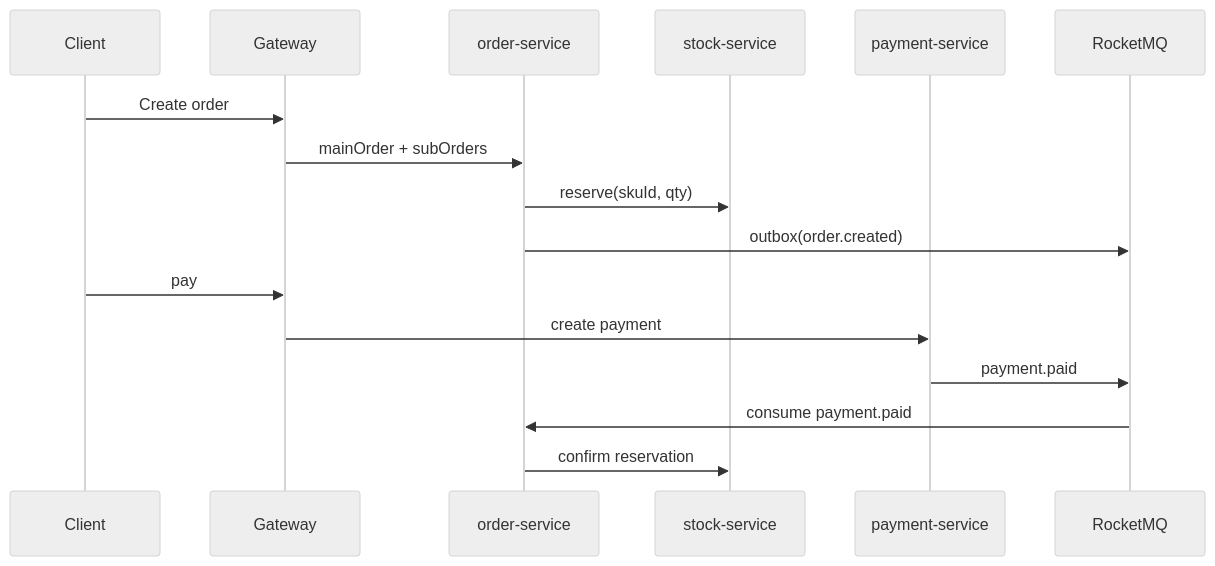
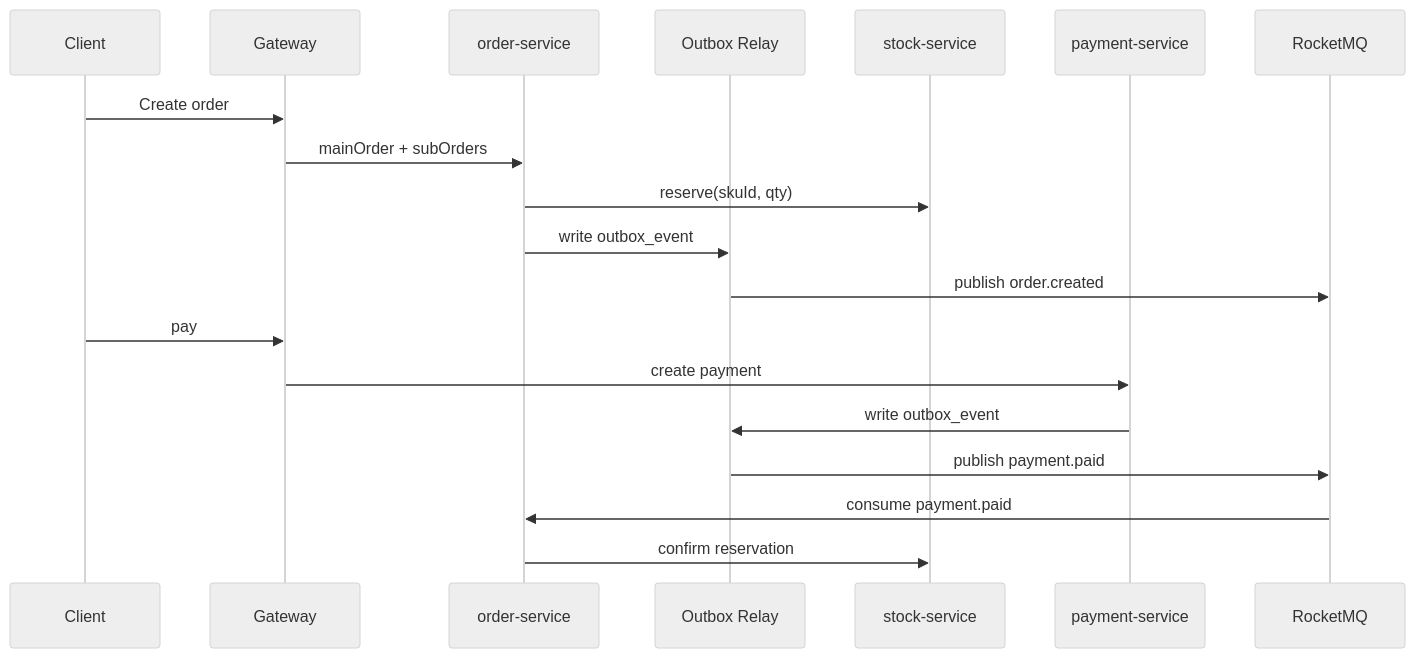
One commit to USERON8/cloud changed the second of 2 diagrams in README-en.md. Above: the diagram before and after it, drawn with Mermaid (neutral theme). The commit also changed other lines of this file and 1 other file, not shown here.

Commit message:
docs: update root readmes for current architecture

````diff
--- a/README-en.md
+++ b/README-en.md
@@ -160,19 +168,22 @@
 ```mermaid
 sequenceDiagram
     participant C as Client
     participant GW as Gateway
     participant O as order-service
+    participant OB as Outbox Relay
     participant S as stock-service
     participant P as payment-service
     participant MQ as RocketMQ
 
     C->>GW: Create order
     GW->>O: mainOrder + subOrders
     O->>S: reserve(skuId, qty)
-    O->>MQ: outbox(order.created)
+    O->>OB: write outbox_event
+    OB->>MQ: publish order.created
     C->>GW: pay
     GW->>P: create payment
-    P->>MQ: payment.paid
+    P->>OB: write outbox_event
+    OB->>MQ: publish payment.paid
     MQ->>O: consume payment.paid
     O->>S: confirm reservation
 ```
````
